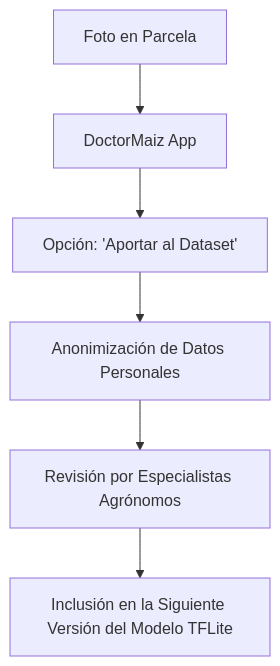
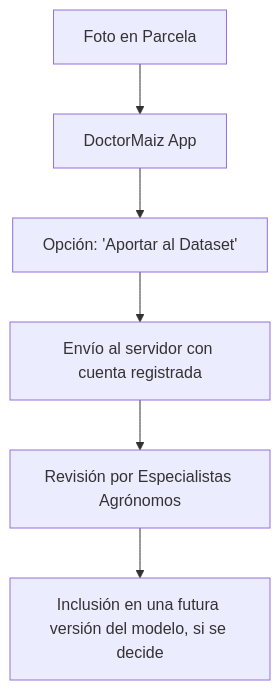
The diagram in docs/es/app/operaciones-campo/ciencia-ciudadana.md (daiv05/maize-doctor-classifier), drawn with Mermaid before and after one commit. The commit also changed other lines of this file and 59 other files, not shown here.

````diff
--- a/docs/es/app/operaciones-campo/ciencia-ciudadana.md
+++ b/docs/es/app/operaciones-campo/ciencia-ciudadana.md
@@ -43,8 +43,8 @@
 ```mermaid
 graph TD
     A[Foto en Parcela] --> B[DoctorMaiz App]
     B --> C[Opción: 'Aportar al Dataset']
-    C --> D[Anonimización de Datos Personales]
+    C --> D[Envío al servidor con cuenta registrada]
     D --> E[Revisión por Especialistas Agrónomos]
-    E --> F[Inclusión en la Siguiente Versión del Modelo TFLite]
+    E --> F[Inclusión en una futura versión del modelo, si se decide]
 ```
````
